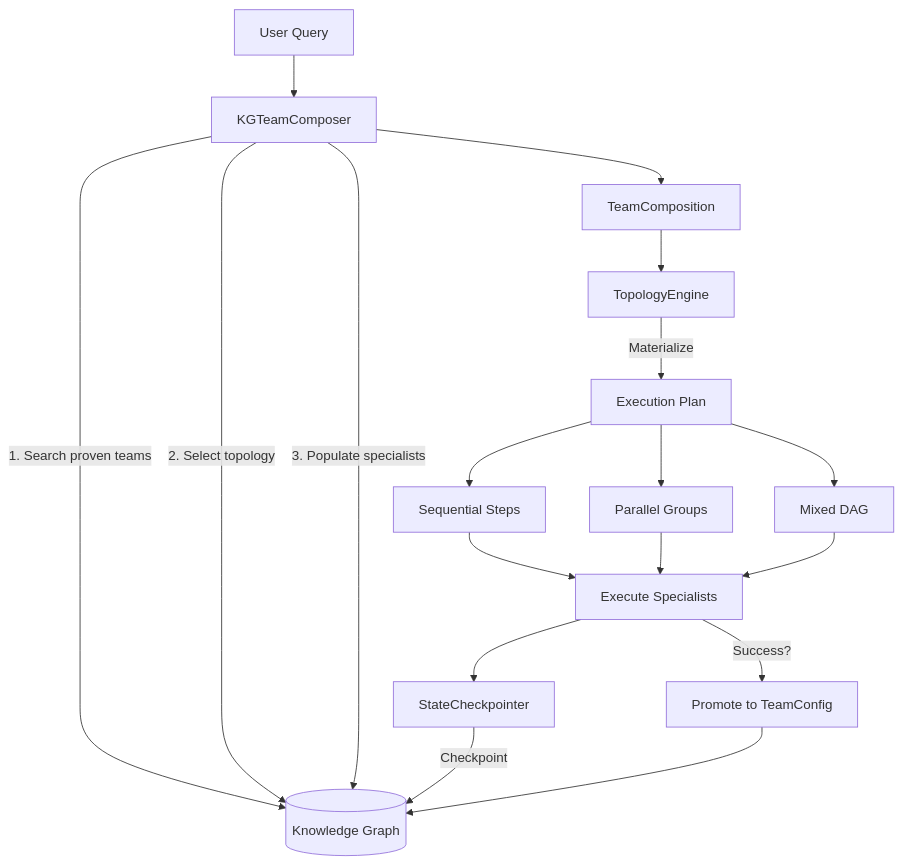
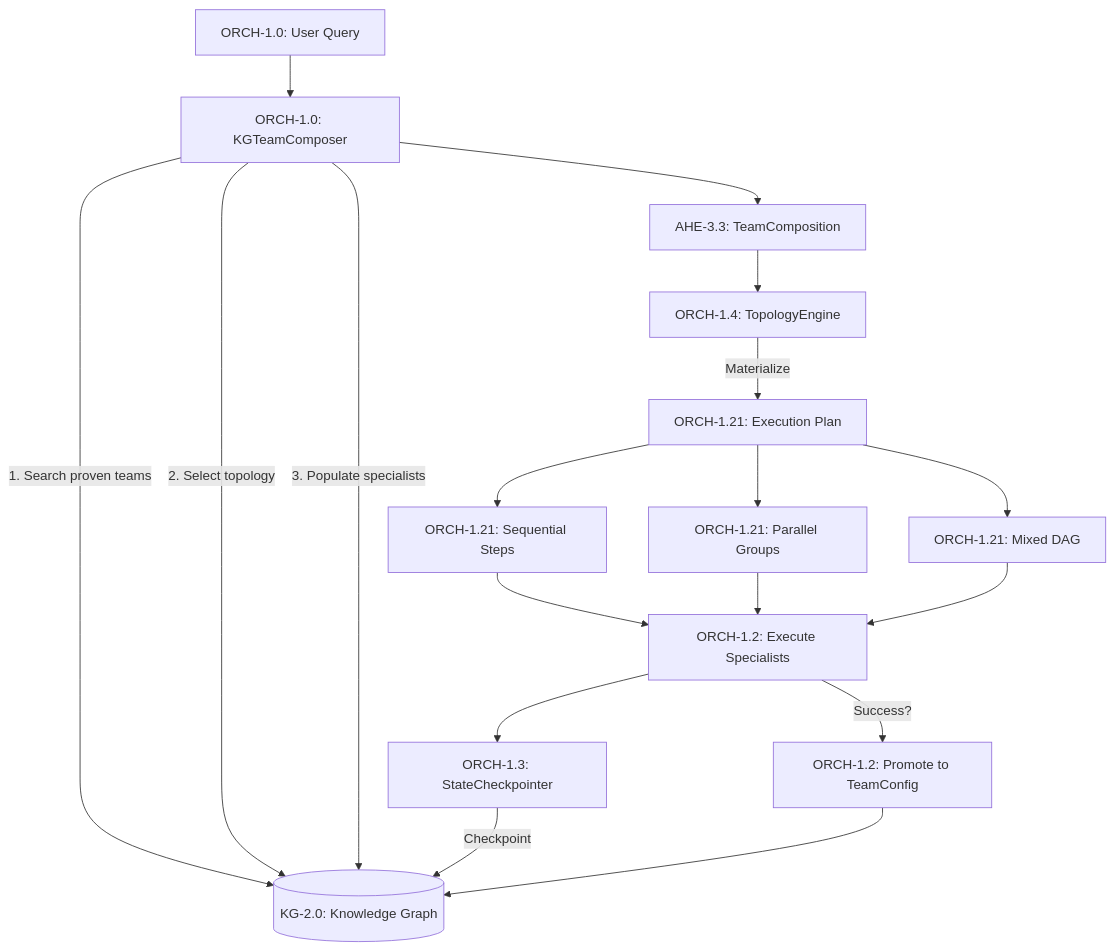
The diagram in docs/guides/kg_native_orchestration.md (Knuckles-Team/agent-utilities), drawn with Mermaid before and after one commit. The commit also changed 325 other files, not shown here.

````diff
--- a/docs/guides/kg_native_orchestration.md
+++ b/docs/guides/kg_native_orchestration.md
@@ -16,18 +16,18 @@
 ```mermaid
 flowchart TD
-    Q[User Query] --> TC[KGTeamComposer]
-    TC -->|"1. Search proven teams"| KG[(Knowledge Graph)]
+    Q[ORCH-1.0: User Query] --> TC[ORCH-1.0: KGTeamComposer]
+    TC -->|"1. Search proven teams"| KG[(KG-2.0: Knowledge Graph)]
     TC -->|"2. Select topology"| KG
     TC -->|"3. Populate specialists"| KG
-    TC --> THEAM[TeamComposition]
-    THEAM --> THE[TopologyEngine]
-    THE -->|"Materialize"| PLAN[Execution Plan]
-    PLAN --> SEQ[Sequential Steps]
-    PLAN --> PAR[Parallel Groups]
-    PLAN --> MIX[Mixed DAG]
-    SEQ & PAR & MIX --> EXEC[Execute Specialists]
-    EXEC --> CP[StateCheckpointer]
+    TC --> THEAM[AHE-3.3: TeamComposition]
+    THEAM --> THE[ORCH-1.4: TopologyEngine]
+    THE -->|"Materialize"| PLAN[ORCH-1.21: Execution Plan]
+    PLAN --> SEQ[ORCH-1.21: Sequential Steps]
+    PLAN --> PAR[ORCH-1.21: Parallel Groups]
+    PLAN --> MIX[ORCH-1.21: Mixed DAG]
+    SEQ & PAR & MIX --> EXEC[ORCH-1.2: Execute Specialists]
+    EXEC --> CP[ORCH-1.3: StateCheckpointer]
     CP -->|"Checkpoint"| KG
-    EXEC -->|"Success?"| TC2[Promote to TeamConfig]
+    EXEC -->|"Success?"| TC2[ORCH-1.2: Promote to TeamConfig]
     TC2 --> KG
 ```
````
